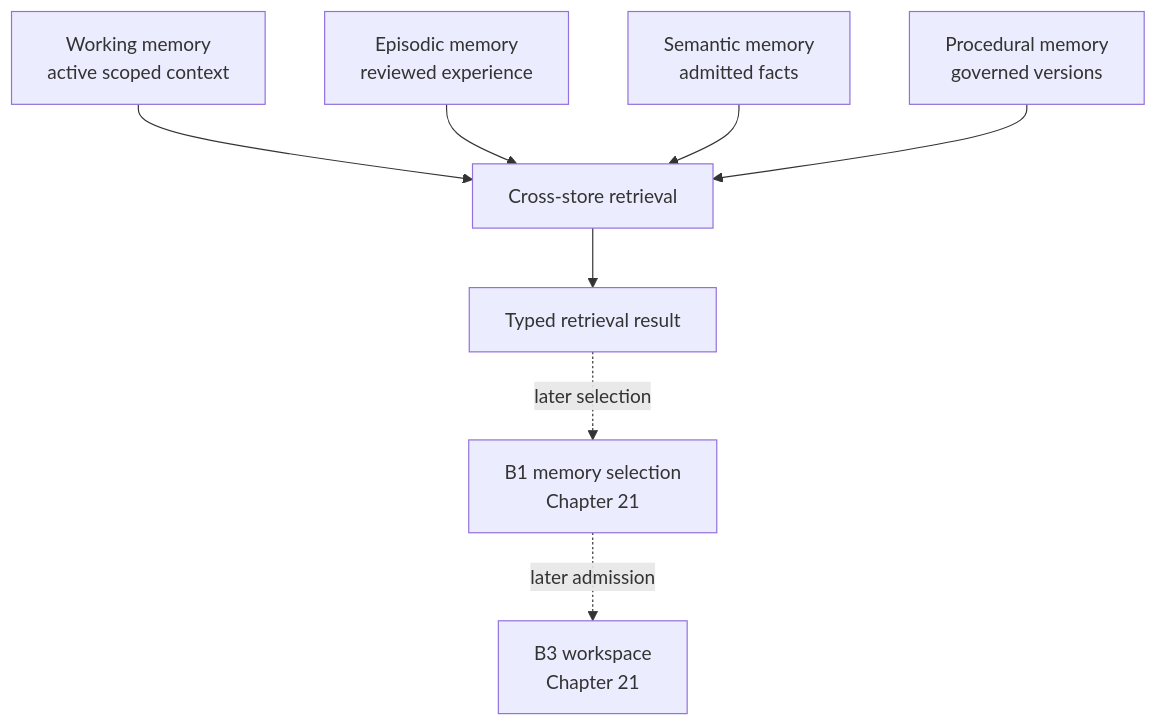
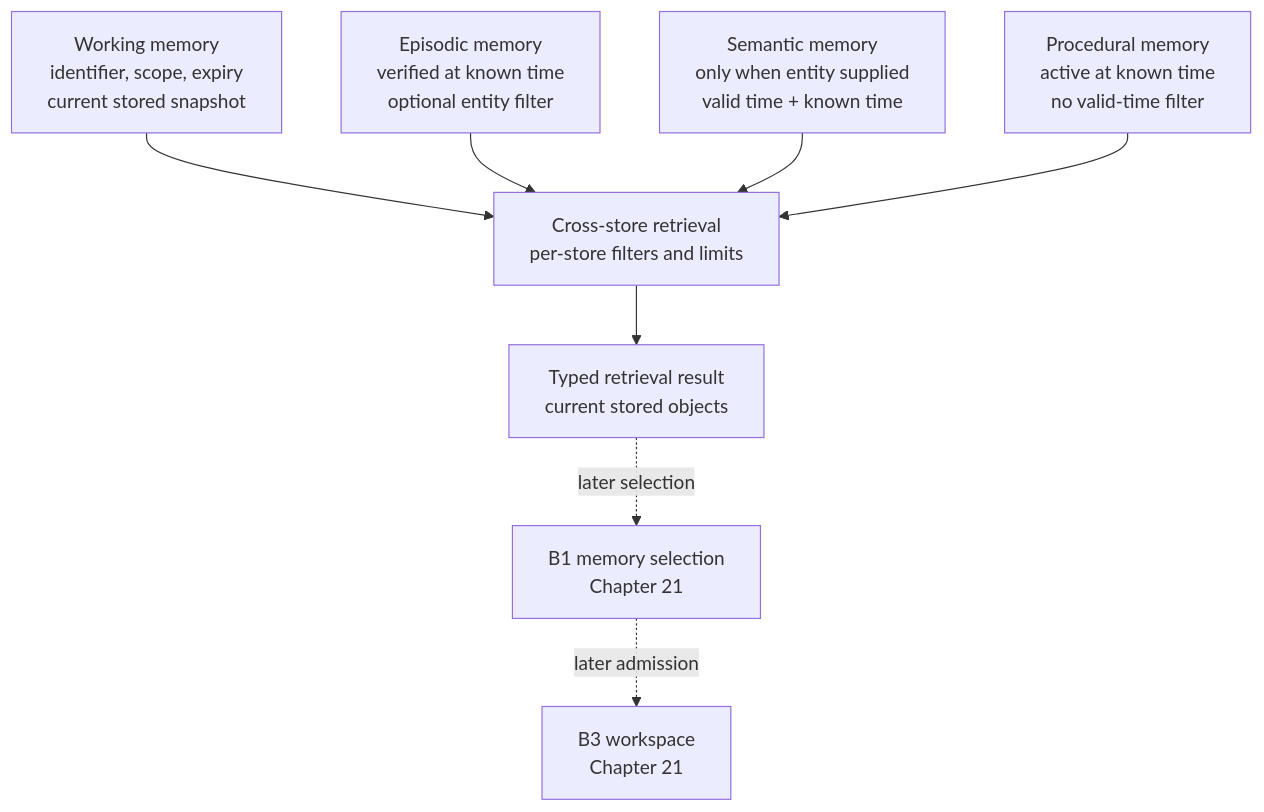
One commit to hmar000001-boop/coala-fan-lan-langgraph changed the diagram in Tex/diagrams/source/part3/chapter20/four-memory-responsibilities.mmd. Above: the diagram before and after it, drawn with Mermaid. The commit also changed 8 other files, not shown here.

```diff
--- a/Tex/diagrams/source/part3/chapter20/four-memory-responsibilities.mmd
+++ b/Tex/diagrams/source/part3/chapter20/four-memory-responsibilities.mmd
@@ -1,15 +1,15 @@
 flowchart TB
-accTitle: Four CoALA memory responsibilities and retrieval boundary
-accDescr: Working memory stores active scoped context. Episodic memory stores reviewed experience. Semantic memory stores admitted facts. Procedural memory stores governed procedure versions. Cross-store retrieval produces typed results, followed later by B1 selection and B3 workspace admission.
+accTitle: Four CoALA memory responsibilities and their distinct retrieval filters
+accDescr: Working memory is fetched by id and checked for scope and expiry, not reconstructed historically. Episodic retrieval filters by scope, optional entity, and known time. Semantic retrieval occurs only with an entity and filters by valid time and known time. Procedural retrieval filters by scope and known time. Each store applies its own rules; historically eligible records may still be returned with their currently stored superseded or retired status. The typed result may later feed B1 selection and B3 admission, which are separate operations.
 
-    WM[Working memory<br/>active scoped context]
-    EP[Episodic memory<br/>reviewed experience]
-    SM[Semantic memory<br/>admitted facts]
-    PM[Procedural memory<br/>governed versions]
-    WM --> RET[Cross-store retrieval]
+    WM[Working memory<br/>identifier, scope, expiry<br/>current stored snapshot]
+    EP[Episodic memory<br/>verified at known time<br/>optional entity filter]
+    SM[Semantic memory<br/>only when entity supplied<br/>valid time + known time]
+    PM[Procedural memory<br/>active at known time<br/>no valid-time filter]
+    WM --> RET[Cross-store retrieval<br/>per-store filters and limits]
     EP --> RET
     SM --> RET
     PM --> RET
-    RET --> RESULT[Typed retrieval result]
+    RET --> RESULT[Typed retrieval result<br/>current stored objects]
     RESULT -. later selection .-> B1[B1 memory selection<br/>Chapter 21]
     B1 -. later admission .-> B3[B3 workspace<br/>Chapter 21]
```
